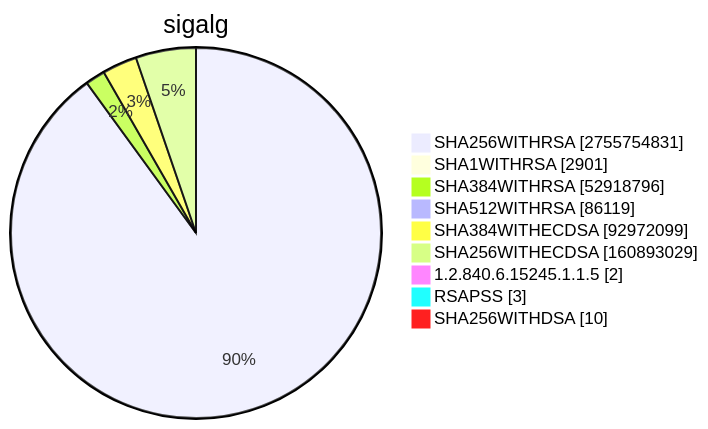
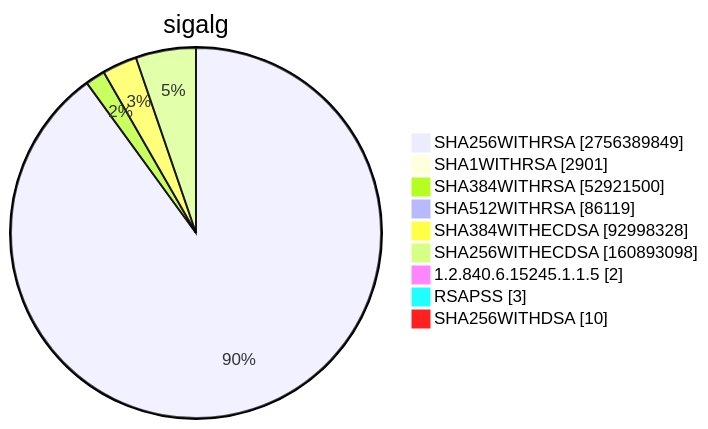
Before and after one commit to christiankrug/ctmonitor_visualization: diagram 15 of 15 in TOTAL/README.md, drawn with Mermaid. The commit also changed other lines of this file, not shown here.

````diff
--- a/TOTAL/README.md
+++ b/TOTAL/README.md
@@ -6207,13 +6207,13 @@
 ```mermaid
 pie showData
 title sigalg
-"SHA256WITHRSA" :2755754831
+"SHA256WITHRSA" :2756389849
 "SHA1WITHRSA" :2901
-"SHA384WITHRSA" :52918796
+"SHA384WITHRSA" :52921500
 "SHA512WITHRSA" :86119
-"SHA384WITHECDSA" :92972099
-"SHA256WITHECDSA" :160893029
+"SHA384WITHECDSA" :92998328
+"SHA256WITHECDSA" :160893098
 "1.2.840.6.15245.1.1.5" :2
 "RSAPSS" :3
 "SHA256WITHDSA" :10
 ```
````
